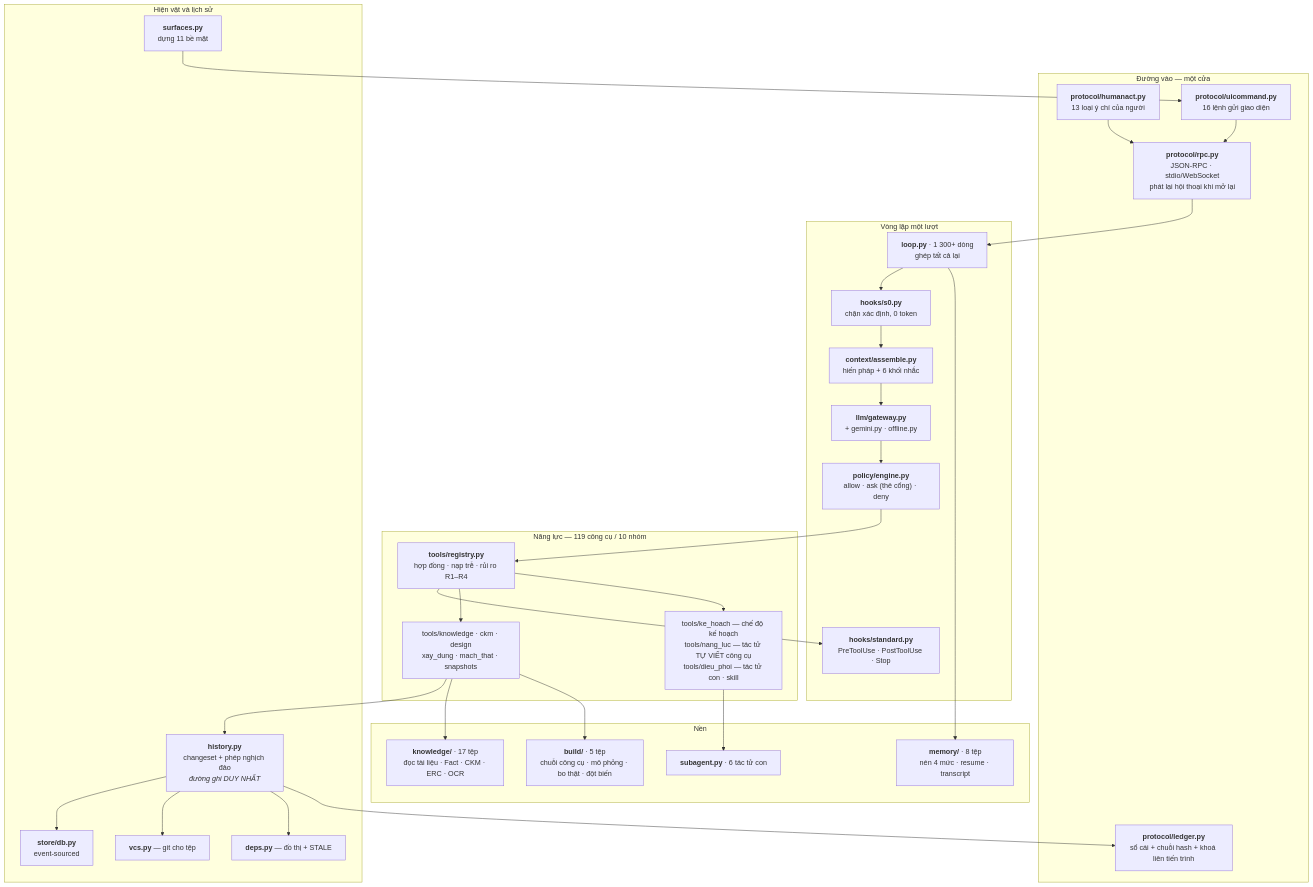
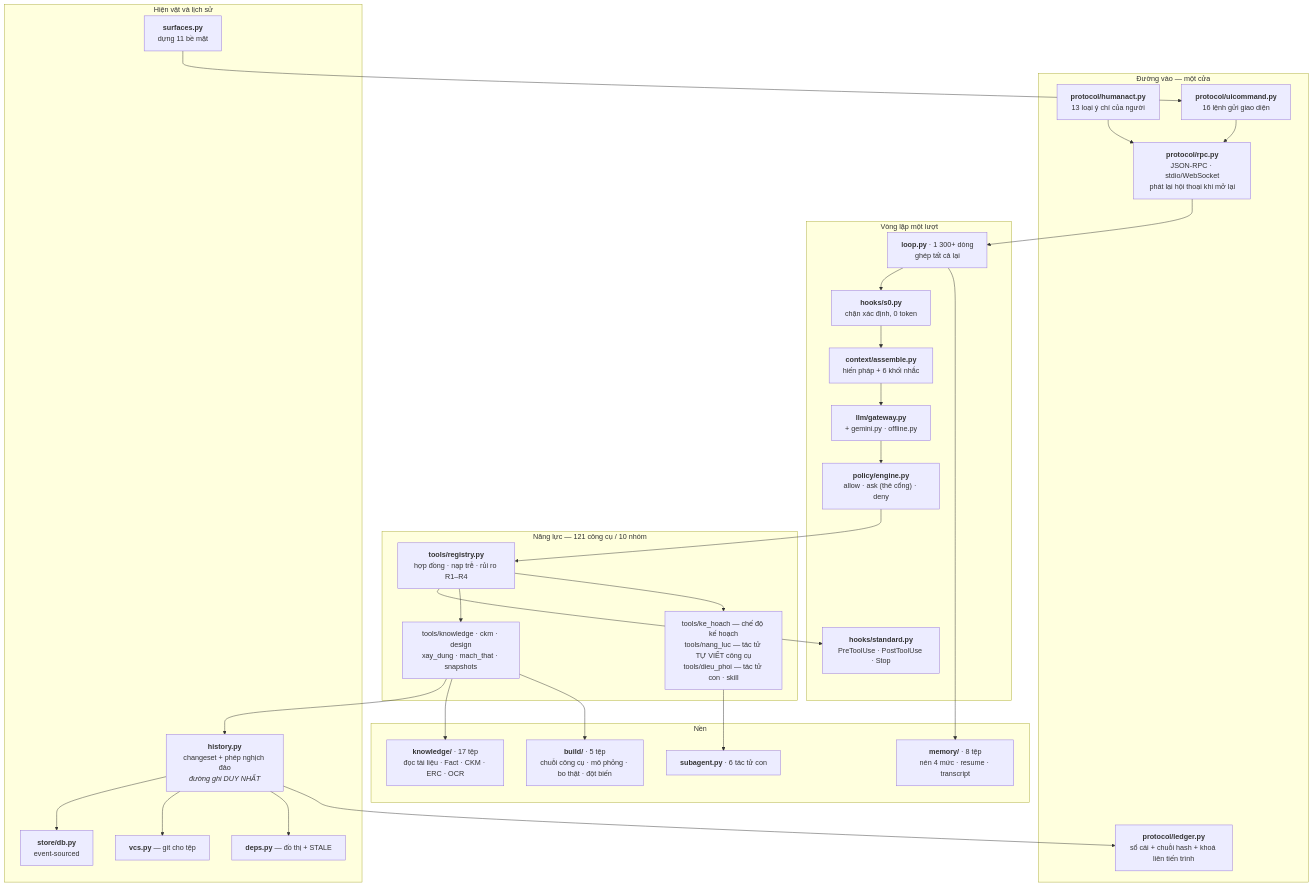
One commit to mobiluckvn/EIDEv3 changed the third of 3 diagrams in docs/md/EIDE-C4-46_Kien_truc_theo_mo_hinh_C4.md. Above: the diagram before and after it, drawn with Mermaid. The commit also changed 11 other files, not shown here.

````diff
--- a/docs/md/EIDE-C4-46_Kien_truc_theo_mo_hinh_C4.md
+++ b/docs/md/EIDE-C4-46_Kien_truc_theo_mo_hinh_C4.md
@@ -123,50 +123,50 @@
 ```mermaid
 graph TB
     subgraph Vao["Đường vào — một cửa"]
         RPC["<b>protocol/rpc.py</b><br/>JSON-RPC · stdio/WebSocket<br/>phát lại hội thoại khi mở lại"]
         HA["<b>protocol/humanact.py</b><br/>13 loại ý chí của người"]
         UIC["<b>protocol/uicommand.py</b><br/>16 lệnh gửi giao diện"]
         LEDGER["<b>protocol/ledger.py</b><br/>sổ cái + chuỗi hash + khoá liên tiến trình"]
     end
 
     subgraph Vong["Vòng lặp một lượt"]
         LOOP["<b>loop.py</b> · 1 300+ dòng<br/>ghép tất cả lại"]
         S0["<b>hooks/s0.py</b><br/>chặn xác định, 0 token"]
         CTX["<b>context/assemble.py</b><br/>hiến pháp + 6 khối nhắc"]
         LLM["<b>llm/gateway.py</b><br/>+ gemini.py · offline.py"]
         POL["<b>policy/engine.py</b><br/>allow · ask (thẻ cổng) · deny"]
         HOOK["<b>hooks/standard.py</b><br/>PreToolUse · PostToolUse · Stop"]
     end
 
-    subgraph Nang["Năng lực — 119 công cụ / 10 nhóm"]
+    subgraph Nang["Năng lực — 121 công cụ / 10 nhóm"]
         REG["<b>tools/registry.py</b><br/>hợp đồng · nạp trễ · rủi ro R1–R4"]
         T1["tools/knowledge · ckm · design<br/>xay_dung · mach_that · snapshots"]
         T2["tools/ke_hoach — chế độ kế hoạch<br/>tools/nang_luc — tác tử TỰ VIẾT công cụ<br/>tools/dieu_phoi — tác tử con · skill"]
     end
 
     subgraph Hien["Hiện vật và lịch sử"]
         STORE["<b>store/db.py</b><br/>event-sourced"]
         HIST["<b>history.py</b><br/>changeset + phép nghịch đảo<br/><i>đường ghi DUY NHẤT</i>"]
         VCS["<b>vcs.py</b> — git cho tệp"]
         DEPS["<b>deps.py</b> — đồ thị + STALE"]
         SURF["<b>surfaces.py</b><br/>dựng 11 bề mặt"]
     end
 
     subgraph Nen["Nền"]
         KNOW["<b>knowledge/</b> · 17 tệp<br/>đọc tài liệu · Fact · CKM · ERC · OCR"]
         BUILD["<b>build/</b> · 5 tệp<br/>chuỗi công cụ · mô phỏng · bo thật · đột biến"]
         MEM["<b>memory/</b> · 8 tệp<br/>nén 4 mức · resume · transcript"]
         SUB["<b>subagent.py</b> · 6 tác tử con"]
     end
 
     RPC --> LOOP
     HA --> RPC
     LOOP --> S0 --> CTX --> LLM --> POL --> REG --> HOOK
     REG --> T1 & T2
     T1 --> HIST --> STORE & VCS & DEPS
     HIST --> LEDGER
     SURF --> UIC --> RPC
     T1 --> KNOW & BUILD
     LOOP --> MEM
     T2 --> SUB
 ```
````
